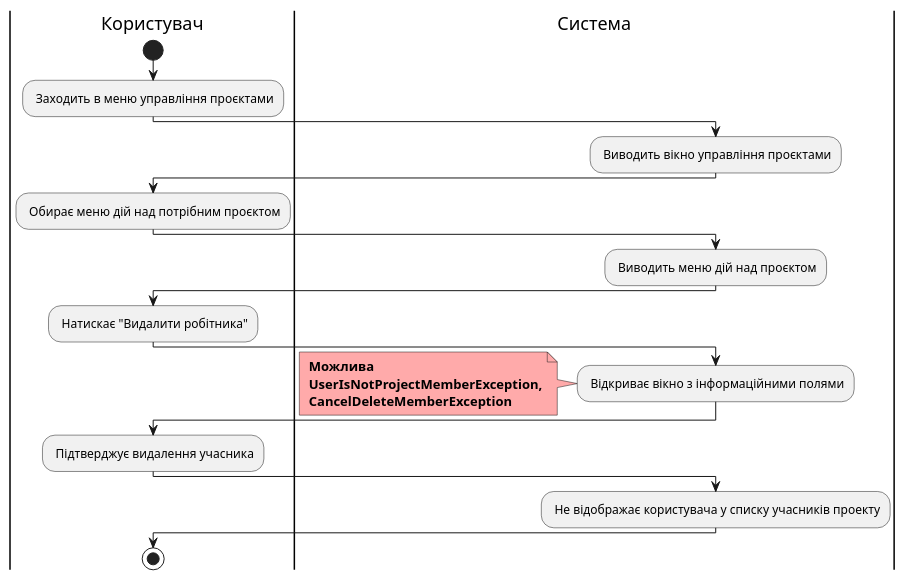
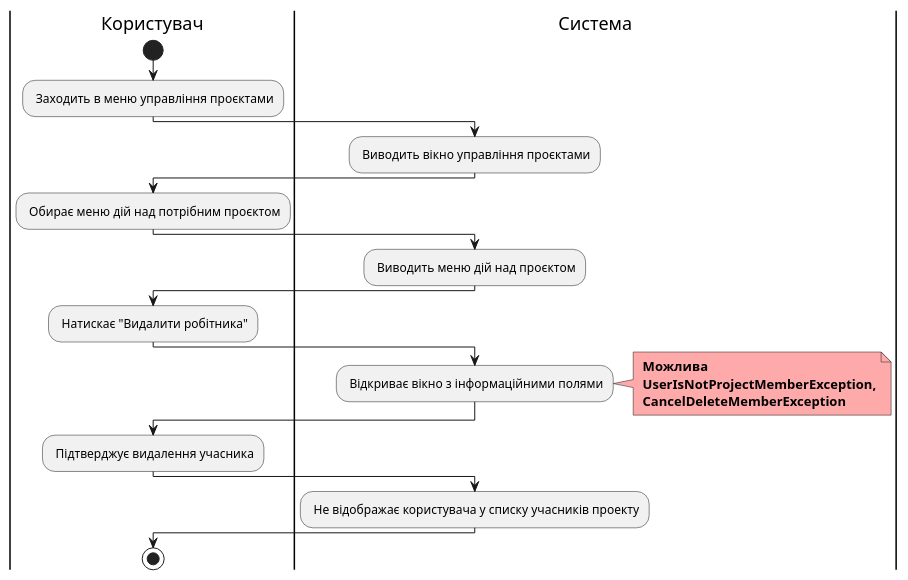
Before and after one commit to witchkaa/databases-course-work: diagram 18 of 23 in docs/use cases/README.md, drawn with PlantUML. The commit also changed other lines of this file, not shown here.

```diff
--- a/docs/use cases/README.md
+++ b/docs/use cases/README.md
@@ -709,36 +709,36 @@
 @startuml
 
-|Користувач|
-start;
-: Заходить в меню управління проєктами;
+    |Користувач|
+    start;
+    : Заходить в меню управління проєктами;
 
-|Система|
+    |Система|
     : Виводить вікно управління проєктами;
 
-|Користувач|
-: Обирає меню дій над потрібним проєктом;
+    |Користувач|
+    : Обирає меню дій над потрібним проєктом;
 
-|Система|
-: Виводить меню дій над проєктом;
+    |Система|
+    : Виводить меню дій над проєктом;
 
-|Користувач|
-: Натискає "Видалити робітника";
+    |Користувач|
+    : Натискає "Видалити робітника";
 
-|Система|
-: Відкриває вікно з інформаційними полями;
-note left #ffaaaa
-<b> Можлива
-<b> UserIsNotProjectMemberException,
-<b> CancelDeleteMemberException
-end note
+    |Система|
+    : Відкриває вікно з інформаційними полями;
+    note right #ffaaaa
+    <b> Можлива
+    <b> UserIsNotProjectMemberException,
+    <b> CancelDeleteMemberException
+    end note
 
-|Користувач|
-: Підтверджує видалення учасника;
+    |Користувач|
+    : Підтверджує видалення учасника;
 
-|Система|
-: Не відображає користувача у списку учасників проекту;
+    |Система|
+    : Не відображає користувача у списку учасників проекту;
 
-|Користувач|
+    |Користувач|
     stop;
     
 @enduml
```
